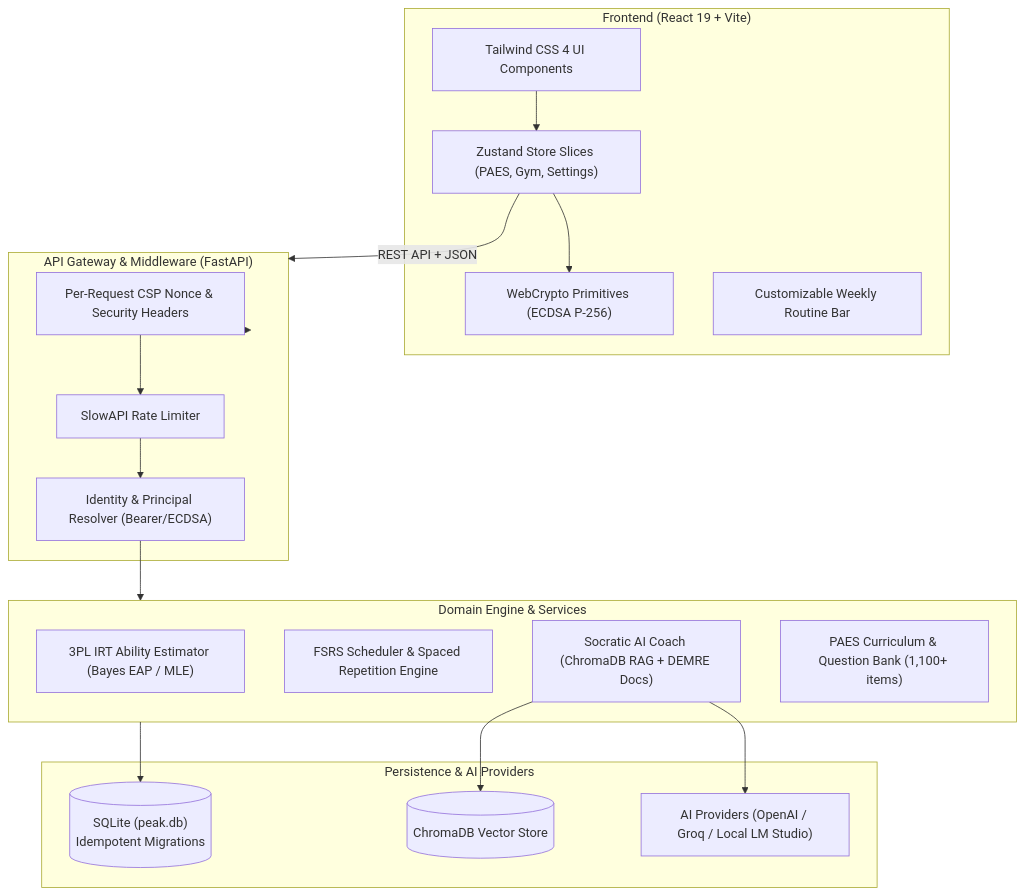
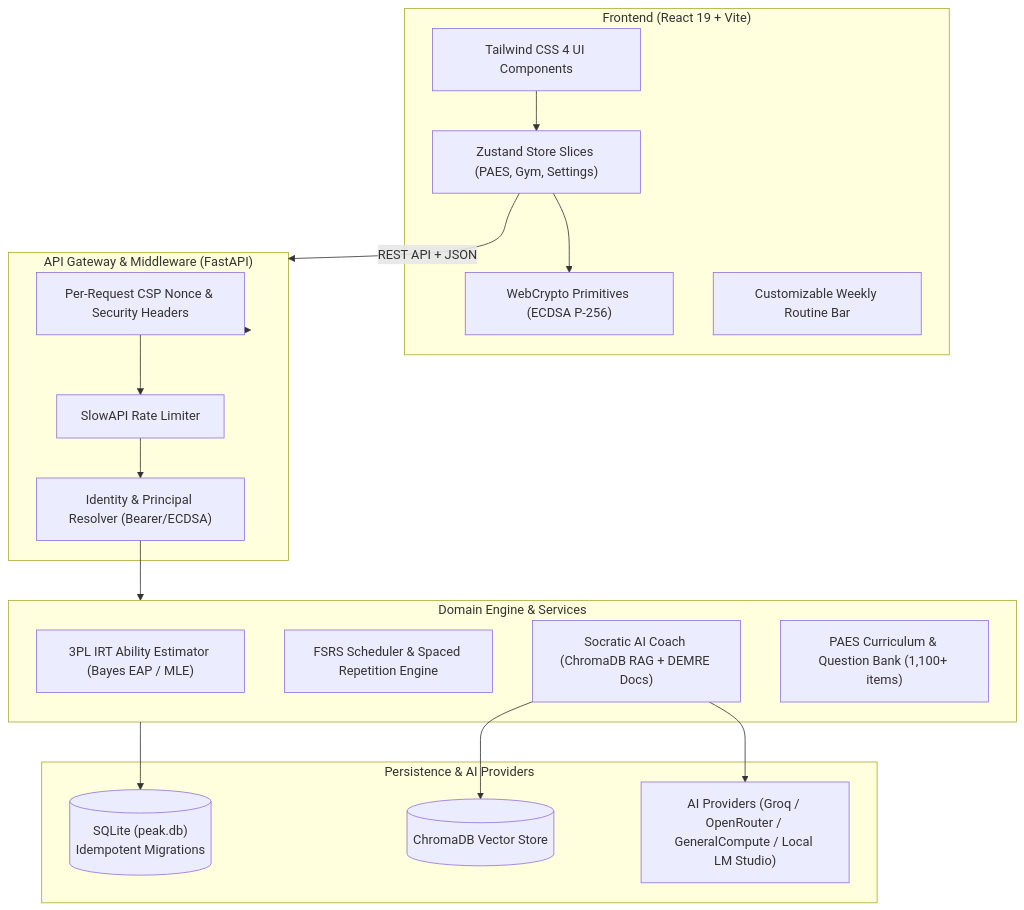
The diagram in README.md (Hunther4/New-Peak), drawn with Mermaid before and after one commit. The commit also changed other lines of this file and 1 other file, not shown here.

````diff
--- a/README.md
+++ b/README.md
@@ -36,37 +37,37 @@
 ```mermaid
 flowchart TD
     subgraph Client["Frontend (React 19 + Vite)"]
         UI["Tailwind CSS 4 UI Components"]
         Zustand["Zustand Store Slices (PAES, Gym, Settings)"]
         WebCrypto["WebCrypto Primitives (ECDSA P-256)"]
         RoutineBar["Customizable Weekly Routine Bar"]
     end
 
     subgraph Gateway["API Gateway & Middleware (FastAPI)"]
         CSP["Per-Request CSP Nonce & Security Headers"]
         Limiter["SlowAPI Rate Limiter"]
         AuthMdl["Identity & Principal Resolver (Bearer/ECDSA)"]
     end
 
     subgraph CoreServices["Domain Engine & Services"]
         IRT["3PL IRT Ability Estimator (Bayes EAP / MLE)"]
         FSRS["FSRS Scheduler & Spaced Repetition Engine"]
         Coach["Socratic AI Coach (ChromaDB RAG + DEMRE Docs)"]
         Curriculum["PAES Curriculum & Question Bank (1,100+ items)"]
     end
 
     subgraph DataStore["Persistence & AI Providers"]
         SQLite[("SQLite (peak.db)\nIdempotent Migrations")]
         Chroma[("ChromaDB Vector Store")]
-        LLM["AI Providers (OpenAI / Groq / Local LM Studio)"]
+        LLM["AI Providers (Groq / OpenRouter / GeneralCompute / Local LM Studio)"]
     end
 
     UI --> Zustand
     Zustand --> WebCrypto
     Zustand -->|REST API + JSON| Gateway
     Gateway --> CSP --> Limiter --> AuthMdl
     AuthMdl --> CoreServices
     CoreServices --> SQLite
     Coach --> Chroma
     Coach --> LLM
 ```
````
